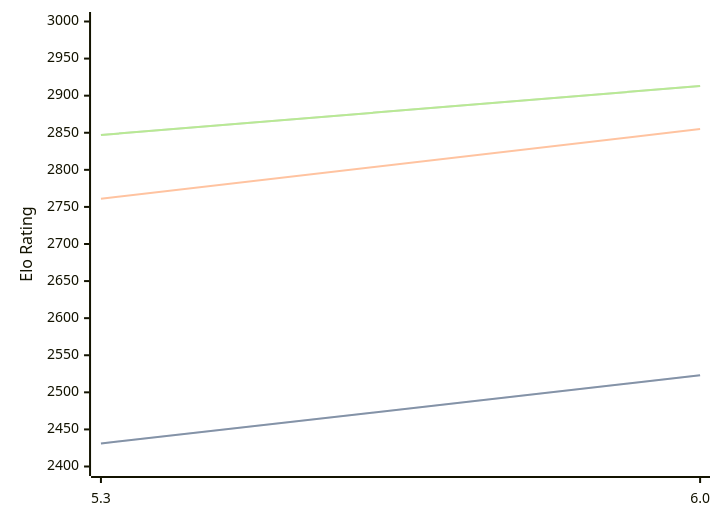
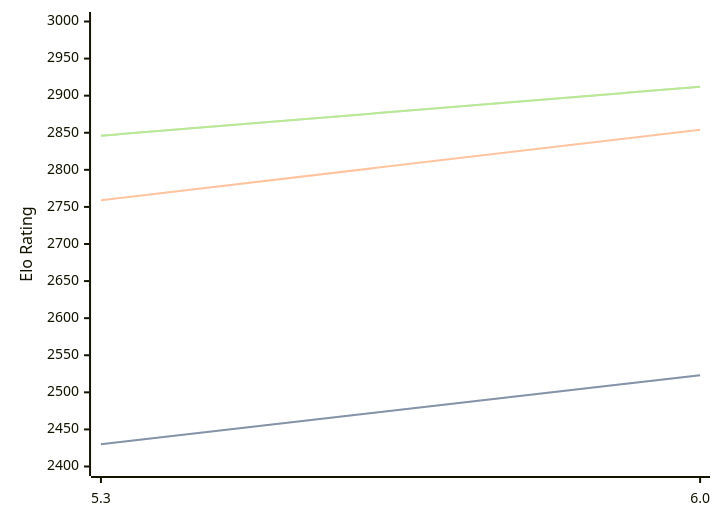
Before and after one commit to computer-chess-index/cci: the diagram in engines/tomitankChess.md, drawn with Mermaid. The commit also changed other lines of this file, not shown here.

Commit message:
Update CCI Ratings (ELO VLTC) - 2026-04-26

````diff
--- a/engines/tomitankChess.md
+++ b/engines/tomitankChess.md
@@ -40,11 +40,11 @@
 ```mermaid
 %%{init: {"theme":"base","themeVariables":{"seriesColors:['#a3a3a3','#222221','#faa371']}}}%%
 xychart-beta
   x-axis ["5.3", "6.0"]
   y-axis "Elo Rating" 2400 --> 3000
-  line "STC (8.0+0.08s)" [2431, 2523]
-  line "STC (8.0+0.08s)" [2431, 2523]
-  line "LTC (60.0+0.60s)" [2761, 2855]
-  line "VLTC (2m24s+1.12s)" [2847, 2913]
-  line "VLTC (2m24s+1.12s)" [2847, 2913]
+  line "STC (8.0+0.08s)" [2430, 2523]
+  line "STC (8.0+0.08s)" [2430, 2523]
+  line "LTC (60.0+0.60s)" [2759, 2854]
+  line "VLTC (2m24s+1.12s)" [2846, 2912]
+  line "VLTC (2m24s+1.12s)" [2846, 2912]
 ```
````
